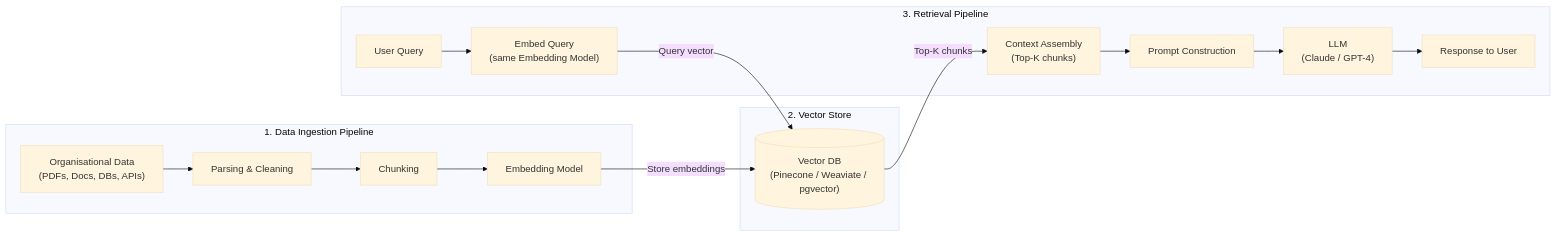
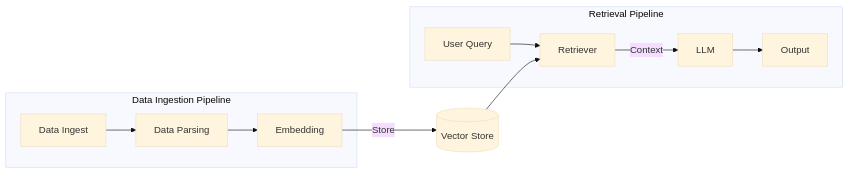
One commit to AtharvaGokhale95/RAG_Pipeline changed the diagram in Notes.md. Above: the diagram before and after it, drawn with Mermaid (base theme). The commit also changed other lines of this file and 1 other file, not shown here.

````diff
--- a/Notes.md
+++ b/Notes.md
@@ -15,31 +15,21 @@
 ```mermaid
 flowchart LR
-    subgraph INGESTION["1. Data Ingestion Pipeline"]
-        A1["Organisational Data\n(PDFs, Docs, DBs, APIs)"]
-        A2["Parsing & Cleaning"]
-        A3["Chunking"]
-        A4["Embedding Model"]
-
-        A1 --> A2 --> A3 --> A4
+    subgraph INGESTION["Data Ingestion Pipeline"]
+        A1["Data Ingest"] --> A2["Data Parsing"] --> A3["Embedding"]
     end
 
-    subgraph VECTOR["2. Vector Store"]
-        V1[("Vector DB\n(Pinecone / Weaviate / pgvector)")]
+    VS[("Vector Store")]
+
+    subgraph RETRIEVAL["Retrieval Pipeline"]
+        B1["User Query"]
+        B2["Retriever"]
+        B3["LLM"]
+        B4["Output"]
+
+        B1 --> B2
+        B2 -->|"Context"| B3 --> B4
     end
 
-    subgraph RETRIEVAL["3. Retrieval Pipeline"]
-        B1["User Query"]
-        B2["Embed Query\n(same Embedding Model)"]
-        B3["Context Assembly\n(Top-K chunks)"]
-        B4["Prompt Construction"]
-        B5["LLM\n(Claude / GPT-4)"]
-        B6["Response to User"]
-
-        B1 --> B2
-        B3 --> B4 --> B5 --> B6
-    end
-
-    A4 -->|"Store embeddings"| V1
-    B2 -->|"Query vector"| V1
-    V1 -->|"Top-K chunks"| B3
+    A3 -->|"Store"| VS
+    VS --> B2
 ```
````
